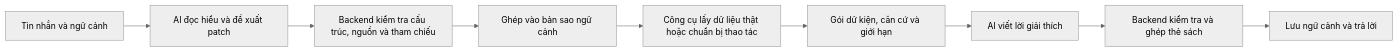
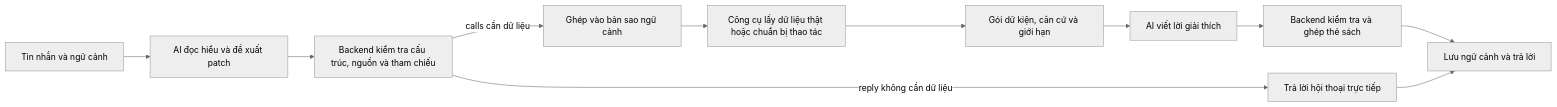
The diagram in docs/chatbot-structured-pipeline.md (hiep1607/VinaBook), drawn with Mermaid (neutral theme) before and after one commit. The commit also changed other lines of this file and 411 other files, not shown here.

Commit message:
feat: complete store automations, checkout, and chatbot flows

```diff
--- a/docs/chatbot-structured-pipeline.md
+++ b/docs/chatbot-structured-pipeline.md
@@ -6,11 +6,13 @@
 ~~~mermaid
 flowchart LR
     U[Tin nhắn và ngữ cảnh] --> A[AI đọc hiểu và đề xuất patch]
     A --> V[Backend kiểm tra cấu trúc, nguồn và tham chiếu]
-    V --> M[Ghép vào bản sao ngữ cảnh]
+    V -- reply không cần dữ liệu --> R[Trả lời hội thoại trực tiếp]
+    V -- calls cần dữ liệu --> M[Ghép vào bản sao ngữ cảnh]
     M --> T[Công cụ lấy dữ liệu thật hoặc chuẩn bị thao tác]
     T --> P[Gói dữ kiện, căn cứ và giới hạn]
     P --> W[AI viết lời giải thích]
     W --> C[Backend kiểm tra và ghép thẻ sách]
     C --> S[Lưu ngữ cảnh và trả lời]
+    R --> S
 ~~~
```
